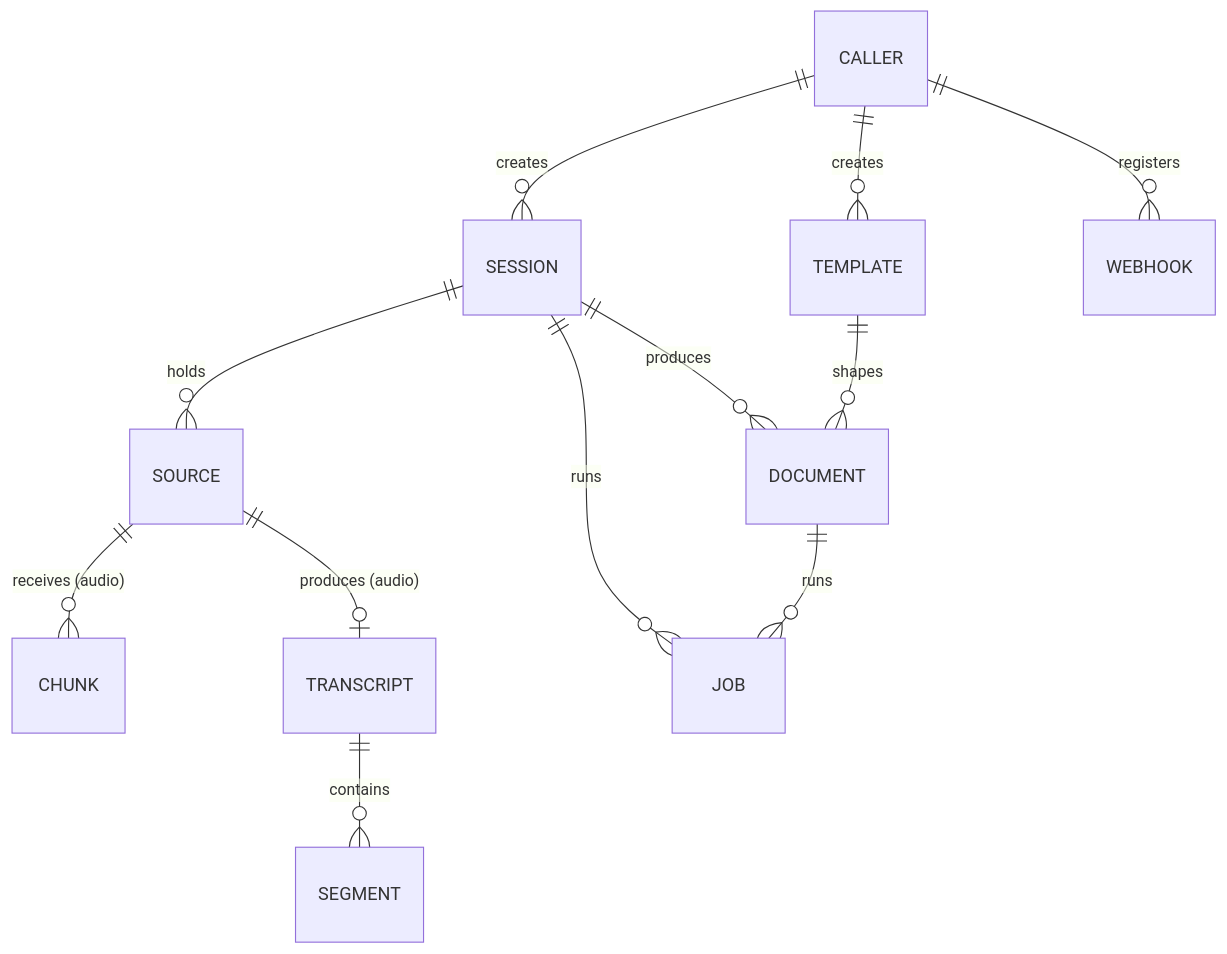
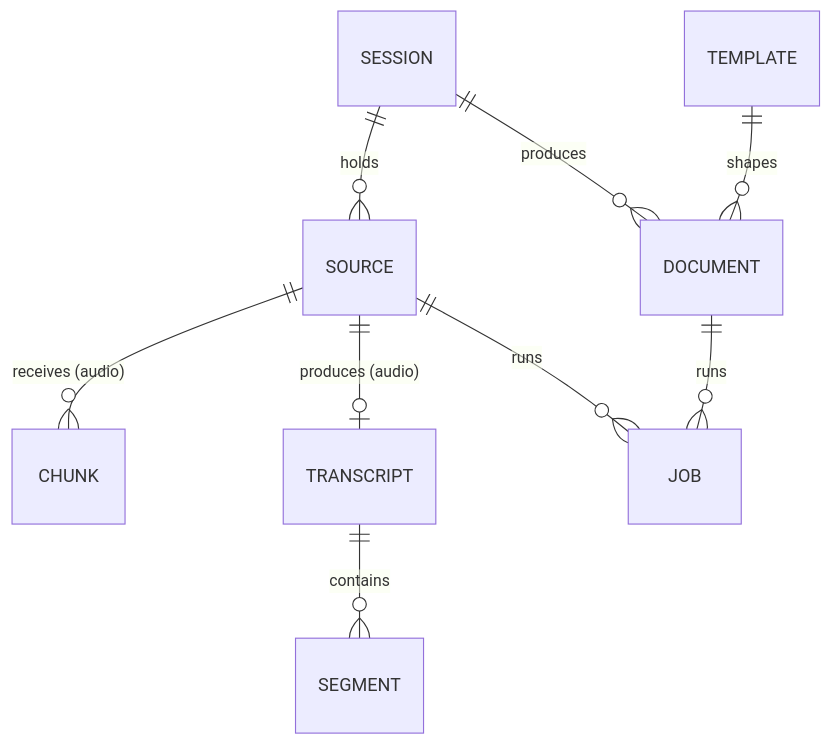
One commit to eka-care/scribeexchangeprotocol changed the second of 2 diagrams in spec/02-architecture.md. Above: the diagram before and after it, drawn with Mermaid. The commit also changed other lines of this file and 49 other files, not shown here.

````diff
--- a/spec/02-architecture.md
+++ b/spec/02-architecture.md
@@ -84,14 +64,11 @@
 ```mermaid
 erDiagram
-  CALLER ||--o{ SESSION : creates
-  CALLER ||--o{ TEMPLATE : creates
-  CALLER ||--o{ WEBHOOK : registers
   SESSION ||--o{ SOURCE : holds
   SOURCE ||--o{ CHUNK : "receives (audio)"
   SOURCE ||--o| TRANSCRIPT : "produces (audio)"
   TRANSCRIPT ||--o{ SEGMENT : contains
   SESSION ||--o{ DOCUMENT : produces
   TEMPLATE ||--o{ DOCUMENT : shapes
-  SESSION ||--o{ JOB : runs
+  SOURCE ||--o{ JOB : runs
   DOCUMENT ||--o{ JOB : runs
 ```
````
